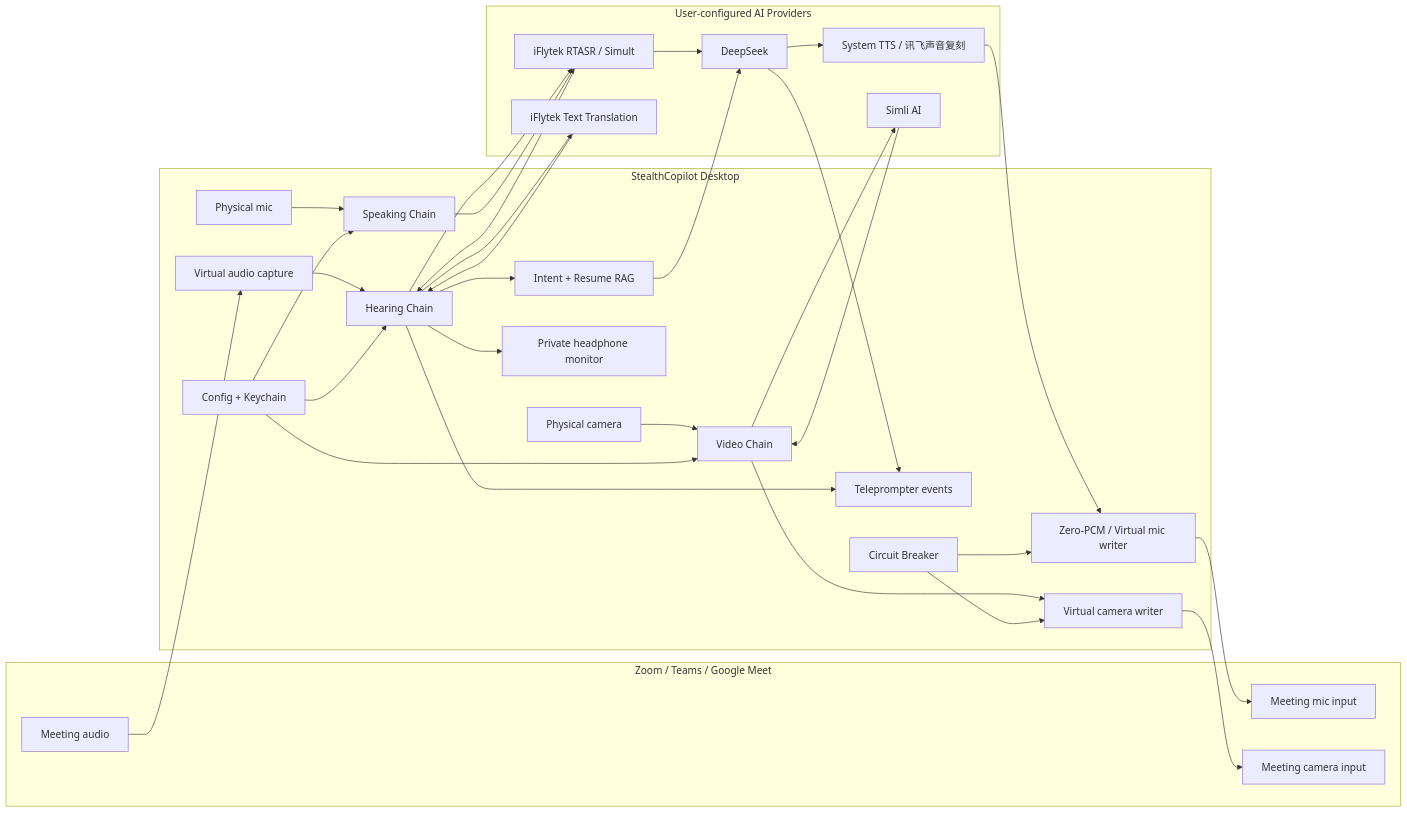
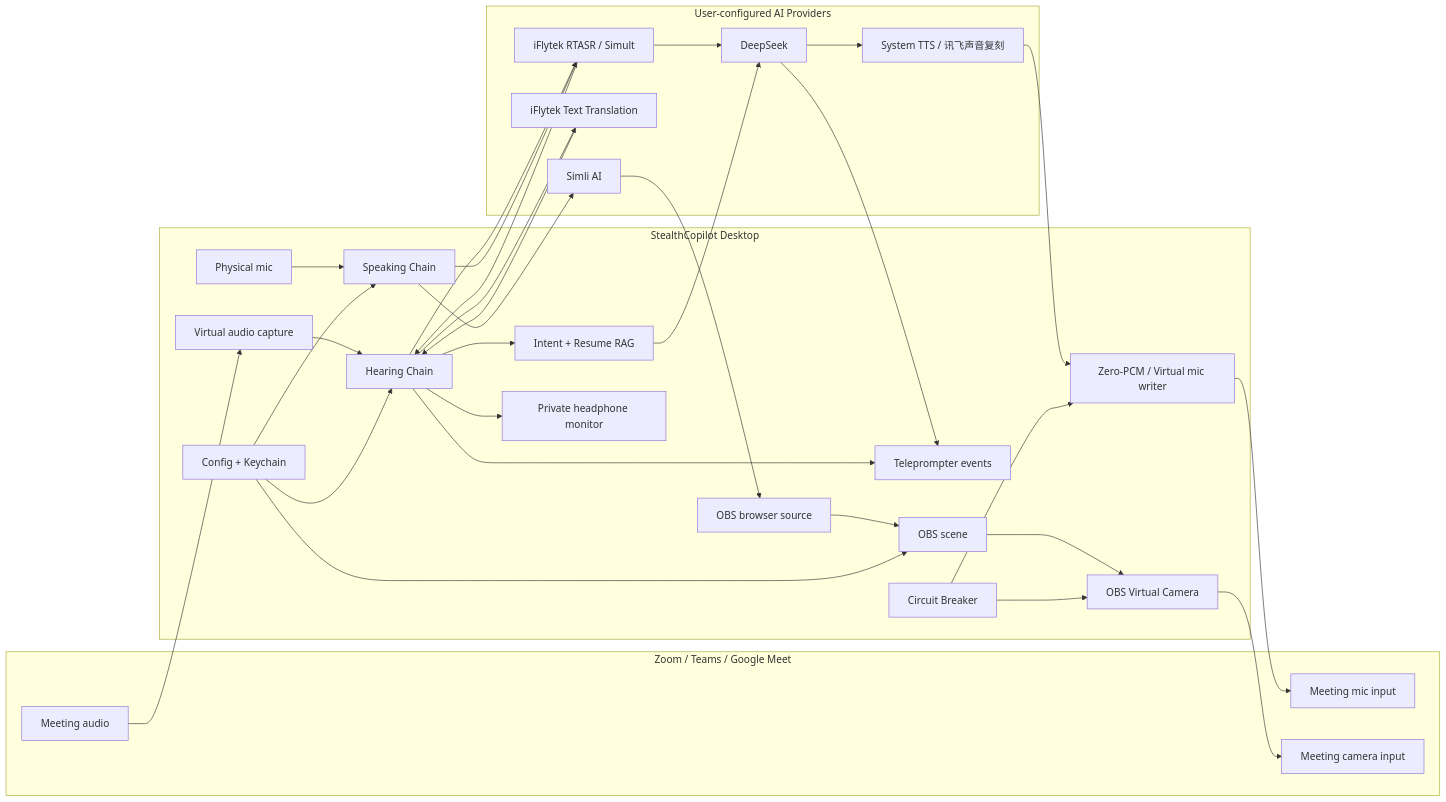
The diagram in README.md (zhaoyta/StealthCopilot), drawn with Mermaid before and after one commit. The commit also changed other lines of this file and 74 other files, not shown here.

First line of the commit message:
Route digital human video through OBS (#17)

````diff
--- a/README.md
+++ b/README.md
@@ -62,47 +62,47 @@
 ```mermaid
 flowchart LR
   subgraph Meeting["Zoom / Teams / Google Meet"]
     A1["Meeting audio"]
     A2["Meeting mic input"]
     A3["Meeting camera input"]
   end
 
   subgraph Local["StealthCopilot Desktop"]
     B1["Virtual audio capture"]
     B2["Hearing Chain"]
     B3["Intent + Resume RAG"]
     B4["Teleprompter events"]
     B5["Private headphone monitor"]
     C1["Physical mic"]
     C2["Speaking Chain"]
     C3["Zero-PCM / Virtual mic writer"]
-    D1["Physical camera"]
-    D2["Video Chain"]
-    D3["Virtual camera writer"]
+    D1["OBS browser source"]
+    D2["OBS scene"]
+    D3["OBS Virtual Camera"]
     E1["Config + Keychain"]
     E2["Circuit Breaker"]
   end
 
   subgraph Cloud["User-configured AI Providers"]
     X1["iFlytek RTASR / Simult"]
     X5["iFlytek Text Translation"]
     X2["DeepSeek"]
     X3["System TTS / 讯飞声音复刻"]
     X4["Simli AI"]
   end
 
   A1 --> B1 --> B2 --> X1
   B2 --> X5 --> B2
   X1 --> B2 --> B4
   B2 --> B5
   B2 --> B3 --> X2 --> B4
 
   C1 --> C2 --> X1 --> X2 --> X3 --> C3 --> A2
-  D1 --> D2 --> X4 --> D2 --> D3 --> A3
+  C2 --> X4 --> D1 --> D2 --> D3 --> A3
 
   E1 --> B2
   E1 --> C2
   E1 --> D2
   E2 --> C3
   E2 --> D3
 ```
````
